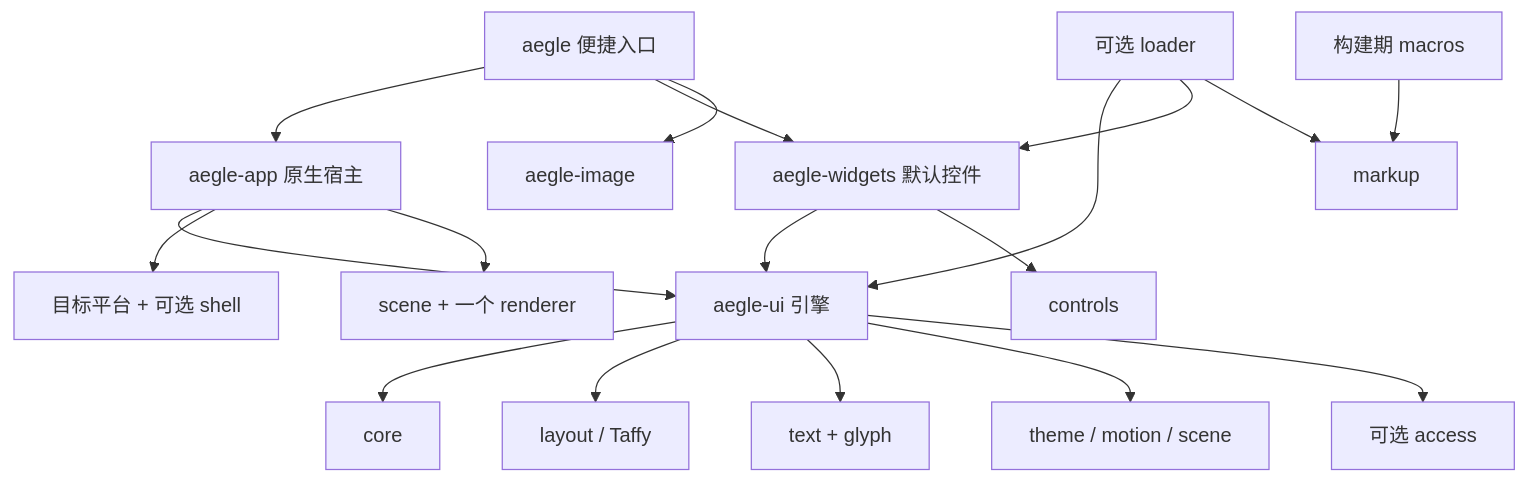
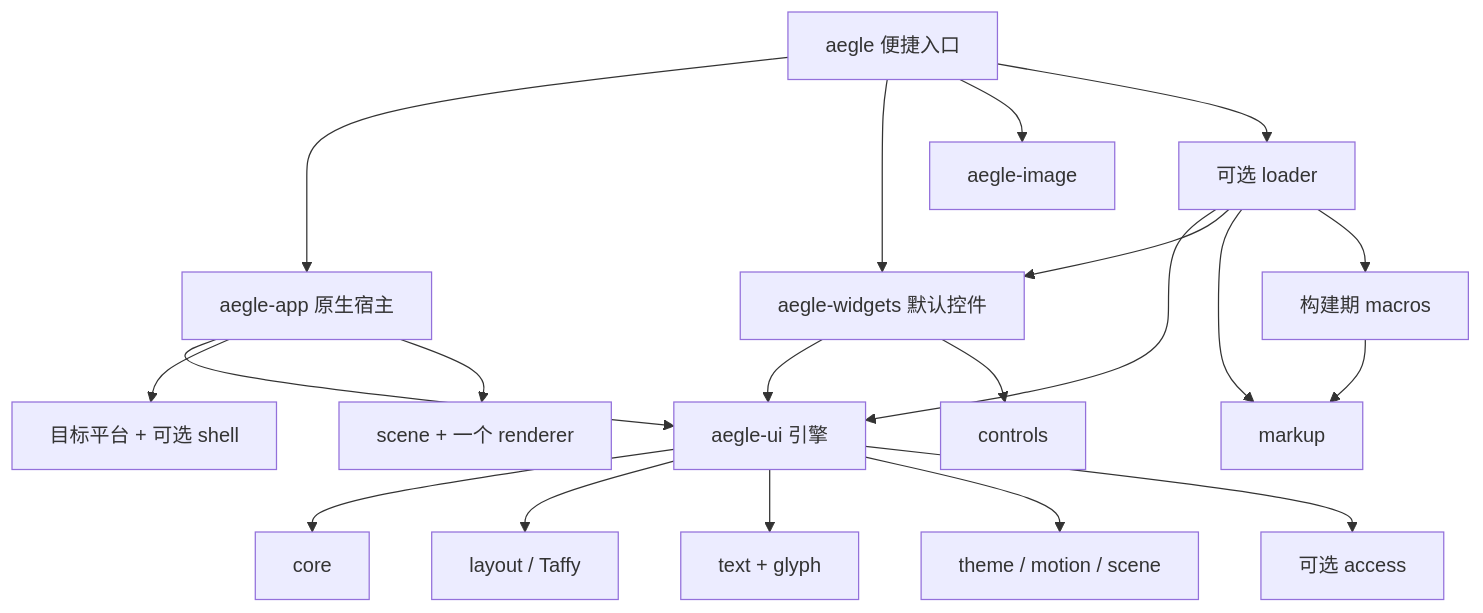
Before and after one commit to antinomie1/aegle: the diagram in docs/modules.md, drawn with Mermaid. The commit also changed other lines of this file and 57 other files, not shown here.

````diff
--- a/docs/modules.md
+++ b/docs/modules.md
@@ -81,20 +81,22 @@
 ```mermaid
 flowchart TD
   Facade[aegle 便捷入口] --> App[aegle-app 原生宿主]
   Facade --> Widgets[aegle-widgets 默认控件]
   Facade --> Image[aegle-image]
   App --> Ui[aegle-ui 引擎]
   App --> Platform[目标平台 + 可选 shell]
   App --> Render[scene + 一个 renderer]
   Widgets --> Ui
   Widgets --> Controls[controls]
   Ui --> Core[core]
   Ui --> Layout[layout / Taffy]
   Ui --> Text[text + glyph]
   Ui --> Visual[theme / motion / scene]
   Ui --> Access[可选 access]
+  Facade --> Loader
   Loader[可选 loader] --> Ui
   Loader --> Widgets
   Loader --> Markup[markup]
+  Loader --> Macros
   Macros[构建期 macros] --> Markup
 ```
````
